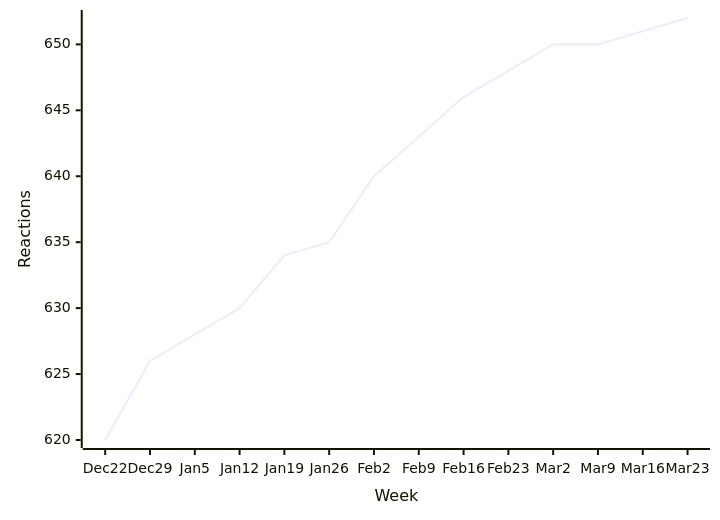
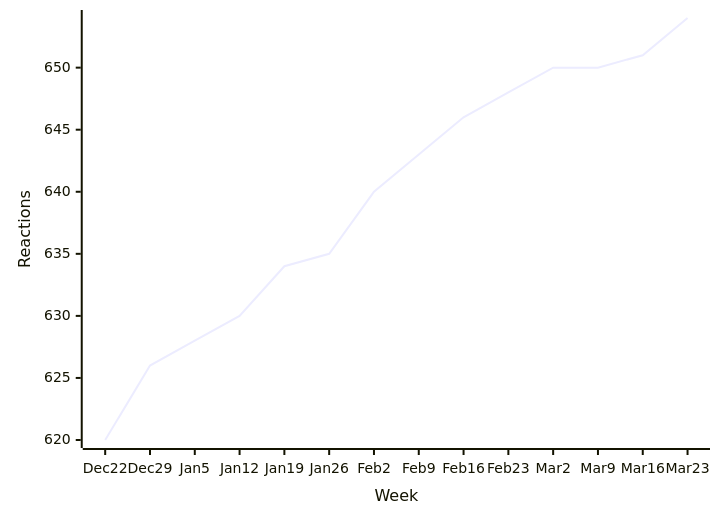
One commit to loic-sharma/github-insights changed the third of 59 diagrams in README.md. Above: the diagram before and after it, drawn with Mermaid. The commit also changed other lines of this file and 2 other files, not shown here.

````diff
--- a/README.md
+++ b/README.md
@@ -373,6 +373,6 @@
   ```mermaid
   xychart-beta
     x-axis "Week" [Dec 22, Dec 29, Jan 5, Jan 12, Jan 19, Jan 26, Feb 2, Feb 9, Feb 16, Feb 23, Mar 2, Mar 9, Mar 16, Mar 23]
     y-axis "Reactions"
-    line [620, 626, 628, 630, 634, 635, 640, 643, 646, 648, 650, 650, 651, 652]
+    line [620, 626, 628, 630, 634, 635, 640, 643, 646, 648, 650, 650, 651, 654]
   ```
````
